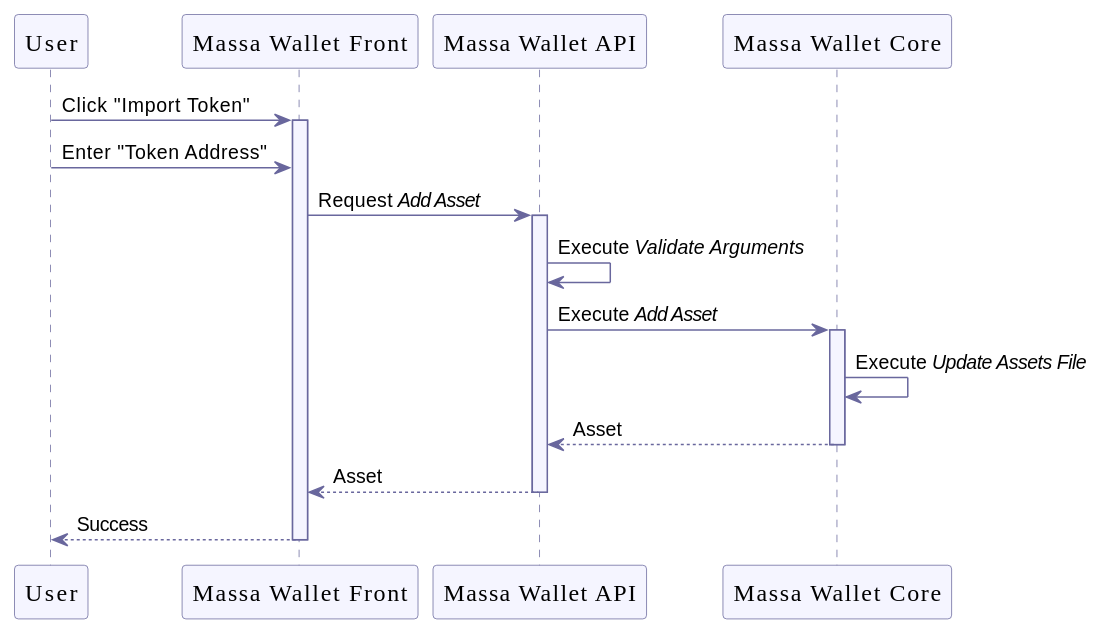
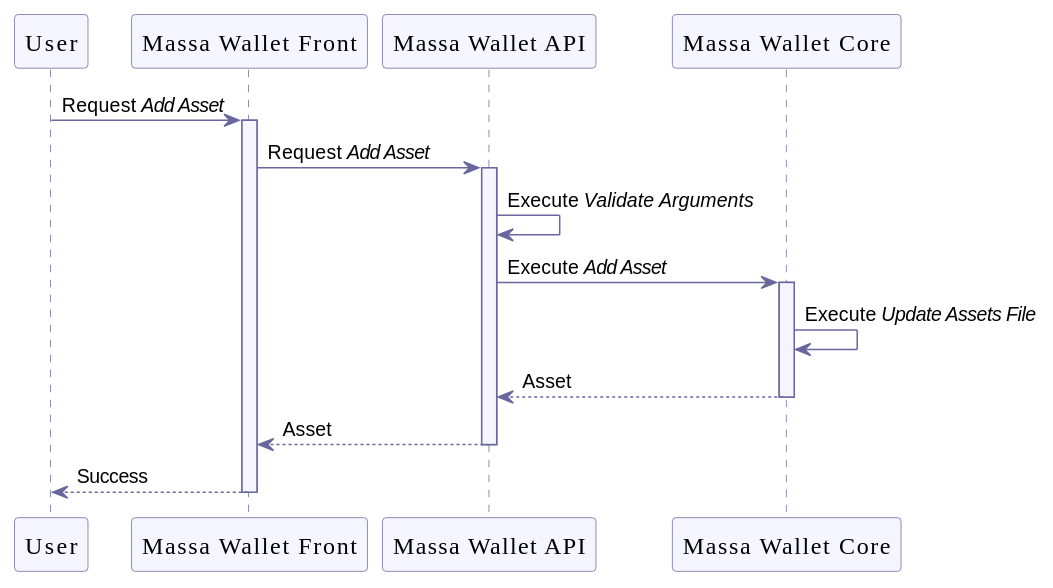
The fifth of 9 diagrams in documentation/wallet.adoc (massalabs/station-massa-wallet), drawn with PlantUML before and after one commit. The commit also changed other lines of this file, not shown here.

Commit message:
simplify sequence diagram and add function

```diff
--- a/documentation/wallet.adoc
+++ b/documentation/wallet.adoc
@@ -372,34 +372,33 @@
 [plantuml, format="svg", id="add-asset", width="100%", role="center-image", options="interactive"]
 ----
 @startuml
 
 skinparam FontName Poppins
 
 skinparam sequence {
     ArrowColor #69679D
     LifeLineBorderColor #69679D
     LifeLineBackgroundColor #F5F5FF
 
     ParticipantBorderColor #69679D
     ParticipantBackgroundColor #F5F5FF
     ParticipantFontName Poppins
     ParticipantFontSize 16
     ParticipantFontColor #000000
 }
 
 participant "User" as user
 participant "Massa Wallet Front" as wallet_front
 participant "Massa Wallet API" as wallet_api
 participant "Massa Wallet Core" as wallet_core
 
-user -> wallet_front ++ : Click "Import Token"
-user -> wallet_front : Enter "Token Address"
+user -> wallet_front ++ : Request //Add Asset//
     wallet_front -> wallet_api ++: Request //Add Asset//
     wallet_api -> wallet_api: Execute //Validate Arguments//
         wallet_api -> wallet_core ++: Execute //Add Asset//
             wallet_core -> wallet_core: Execute //Update Assets File//
         return Asset
     return Asset
 return Success
 @enduml
 ----
```
